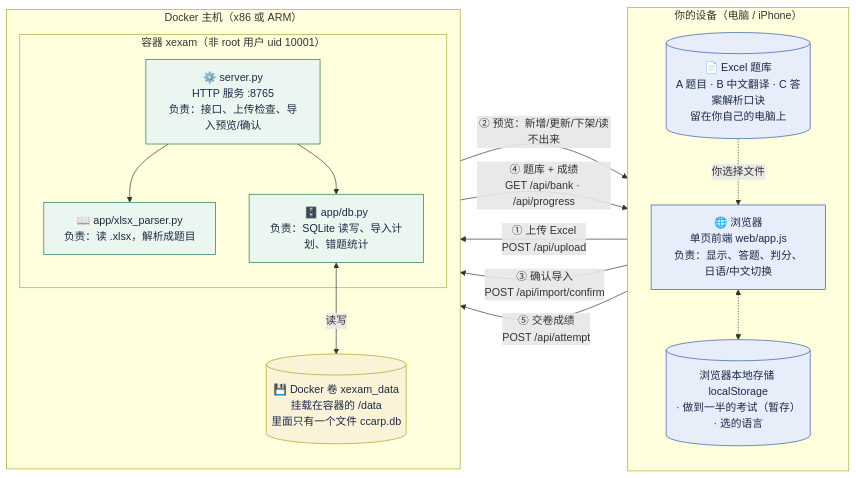
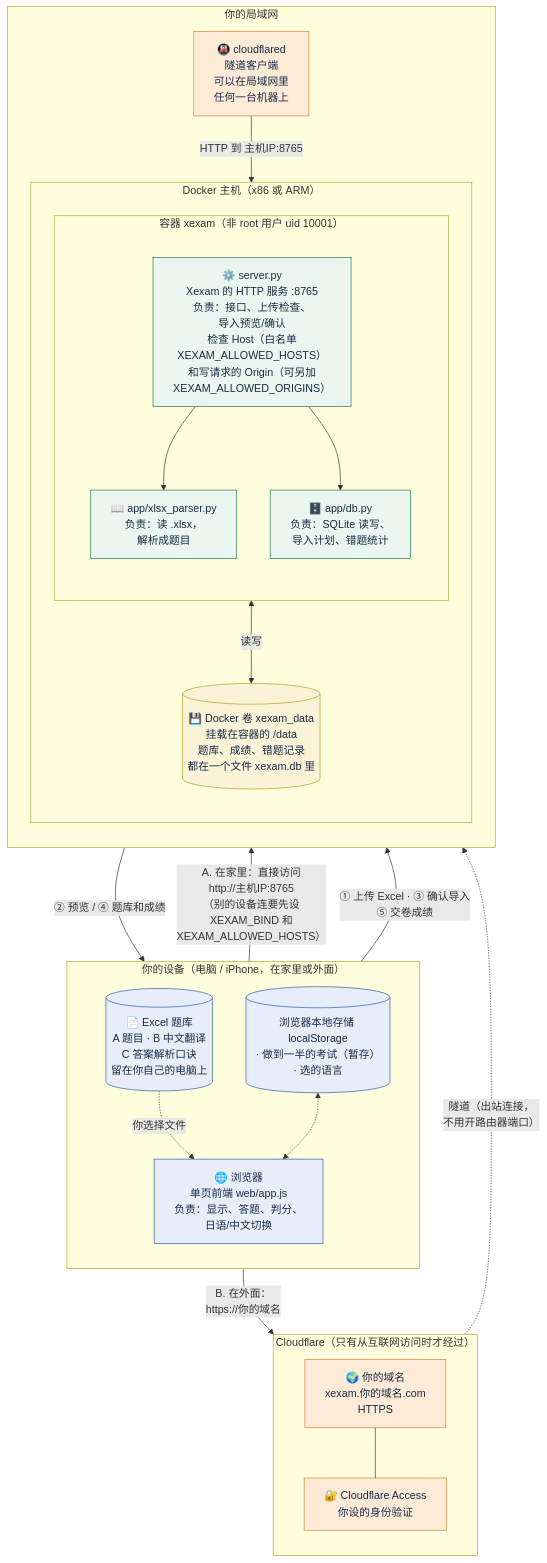
One commit to Yumin-Space/xexam changed the first of 8 diagrams in README.md. Above: the diagram before and after it, drawn with Mermaid. The commit also changed other lines of this file and 13 other files, not shown here.

First line of the commit message:
v0.2: reachable through Cloudflare Tunnel, unified xexam naming, audit fixes

````diff
--- a/README.md
+++ b/README.md
@@ -110,37 +111,52 @@
 ```mermaid
-flowchart LR
-    subgraph USER["你的设备（电脑 / iPhone）"]
+flowchart TB
+    subgraph USER["你的设备（电脑 / iPhone，在家里或外面）"]
         direction TB
-        XLSX[("📄 Excel 题库<br/>A 题目 · B 中文翻译 · C 答案解析口诀<br/>留在你自己的电脑上")]
-        BROWSER["🌐 浏览器<br/>单页前端 web/app.js<br/>负责：显示、答题、判分、日语/中文切换"]
+        XLSX[("📄 Excel 题库<br/>A 题目 · B 中文翻译<br/>C 答案解析口诀<br/>留在你自己的电脑上")]
         LS[("浏览器本地存储 localStorage<br/>· 做到一半的考试（暂存）<br/>· 选的语言")]
+        BROWSER["🌐 浏览器<br/>单页前端 web/app.js<br/>负责：显示、答题、判分、<br/>日语/中文切换"]
+        XLSX -.->|"你选择文件"| BROWSER
+        LS <-.-> BROWSER
     end
 
-    subgraph HOST["Docker 主机（x86 或 ARM）"]
+    subgraph CF["Cloudflare（只有从互联网访问时才经过）"]
         direction TB
-        subgraph CONTAINER["容器 xexam（非 root 用户 uid 10001）"]
-            SERVER["⚙️ server.py<br/>HTTP 服务 :8765<br/>负责：接口、上传检查、导入预览/确认"]
-            PARSER["📖 app/xlsx_parser.py<br/>负责：读 .xlsx，解析成题目"]
-            DB["🗄️ app/db.py<br/>负责：SQLite 读写、导入计划、错题统计"]
-            SERVER --> PARSER
-            SERVER --> DB
-        end
-        VOL[("💾 Docker 卷 xexam_data<br/>挂载在容器的 /data<br/>里面只有一个文件 ccarp.db")]
-        DB <-->|"读写"| VOL
+        EDGE["🌍 你的域名<br/>xexam.你的域名.com<br/>HTTPS"]
+        ACCESS["🔐 Cloudflare Access<br/>你设的身份验证"]
+        EDGE --- ACCESS
     end
 
-    BROWSER -->|"① 上传 Excel<br/>POST /api/upload"| SERVER
-    SERVER -->|"② 预览：新增/更新/下架/读不出来"| BROWSER
-    BROWSER -->|"③ 确认导入<br/>POST /api/import/confirm"| SERVER
-    SERVER -->|"④ 题库 + 成绩<br/>GET /api/bank · /api/progress"| BROWSER
-    BROWSER -->|"⑤ 交卷成绩<br/>POST /api/attempt"| SERVER
-    XLSX -.->|"你选择文件"| BROWSER
-    BROWSER <-.-> LS
+    subgraph LAN["你的局域网"]
+        direction TB
+        CFD["🚇 cloudflared<br/>隧道客户端<br/>可以在局域网里<br/>任何一台机器上"]
+        subgraph HOST["Docker 主机（x86 或 ARM）"]
+            direction TB
+            subgraph CONTAINER["容器 xexam（非 root 用户 uid 10001）"]
+                direction TB
+                SERVER["⚙️ server.py<br/>Xexam 的 HTTP 服务 :8765<br/>负责：接口、上传检查、<br/>导入预览/确认<br/>检查 Host（白名单<br/>XEXAM_ALLOWED_HOSTS）<br/>和写请求的 Origin（可另加<br/>XEXAM_ALLOWED_ORIGINS）"]
+                PARSER["📖 app/xlsx_parser.py<br/>负责：读 .xlsx，<br/>解析成题目"]
+                DB["🗄️ app/db.py<br/>负责：SQLite 读写、<br/>导入计划、错题统计"]
+                SERVER --> PARSER
+                SERVER --> DB
+            end
+            VOL[("💾 Docker 卷 xexam_data<br/>挂载在容器的 /data<br/>题库、成绩、错题记录<br/>都在一个文件 xexam.db 里")]
+            DB <-->|"读写"| VOL
+        end
+        CFD -->|"HTTP 到 主机IP:8765"| SERVER
+    end
+
+    BROWSER -->|"B. 在外面：<br/>https://你的域名"| EDGE
+    ACCESS -.->|"隧道（出站连接，<br/>不用开路由器端口）"| CFD
+    BROWSER -->|"A. 在家里：直接访问<br/>http://主机IP:8765<br/>（别的设备连要先设<br/>XEXAM_BIND 和<br/>XEXAM_ALLOWED_HOSTS）"| SERVER
+    BROWSER -->|"① 上传 Excel · ③ 确认导入<br/>⑤ 交卷成绩"| SERVER
+    SERVER -->|"② 预览 / ④ 题库和成绩"| BROWSER
 
     classDef user fill:#E7EEF9,stroke:#2D56A6,color:#1B2A47
     classDef app fill:#EAF6EF,stroke:#1F7650,color:#1B2A47
     classDef store fill:#FBF3D7,stroke:#B59A1F,color:#1B2A47
+    classDef cf fill:#FDEBD8,stroke:#D9822B,color:#1B2A47
     class XLSX,BROWSER,LS user
     class SERVER,PARSER,DB app
     class VOL store
+    class ACCESS,EDGE,CFD cf
 ```
````
